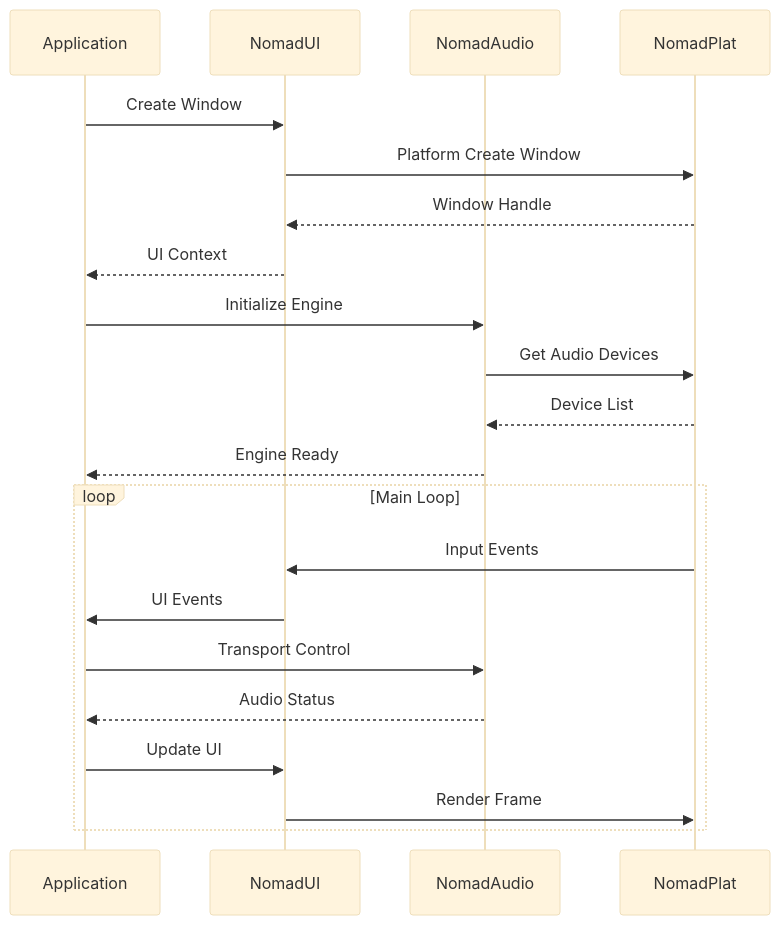
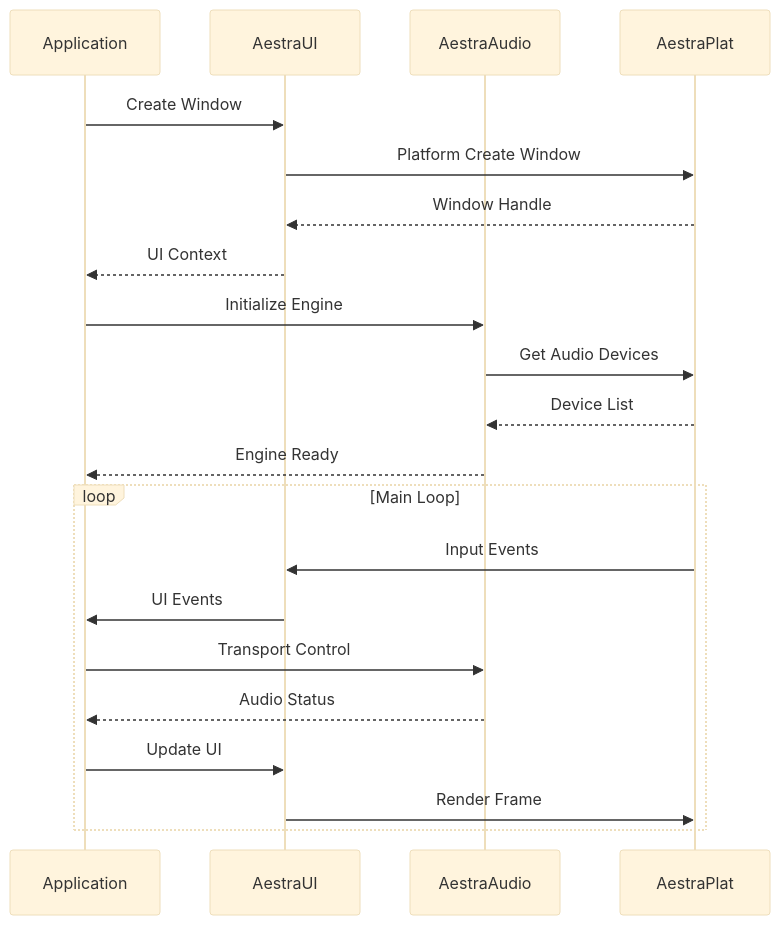
One commit to currentsuspect/Aestra changed the second of 2 diagrams in docs/architecture/modules.md. Above: the diagram before and after it, drawn with Mermaid (base theme). The commit also changed other lines of this file and 1011 other files, not shown here.

Commit message:
Rename Nomad DAW to Aestra DAW

````diff
--- a/docs/architecture/modules.md
+++ b/docs/architecture/modules.md
@@ -235,26 +235,26 @@
 ```mermaid
 sequenceDiagram
     participant App as Application
-    participant UI as NomadUI
-    participant Audio as NomadAudio
-    participant Plat as NomadPlat
+    participant UI as AestraUI
+    participant Audio as AestraAudio
+    participant Plat as AestraPlat
     
     App->>UI: Create Window
     UI->>Plat: Platform Create Window
     Plat-->>UI: Window Handle
     UI-->>App: UI Context
     
     App->>Audio: Initialize Engine
     Audio->>Plat: Get Audio Devices
     Plat-->>Audio: Device List
     Audio-->>App: Engine Ready
     
     loop Main Loop
         Plat->>UI: Input Events
         UI->>App: UI Events
         App->>Audio: Transport Control
         Audio-->>App: Audio Status
         App->>UI: Update UI
         UI->>Plat: Render Frame
     end
 ```
````
